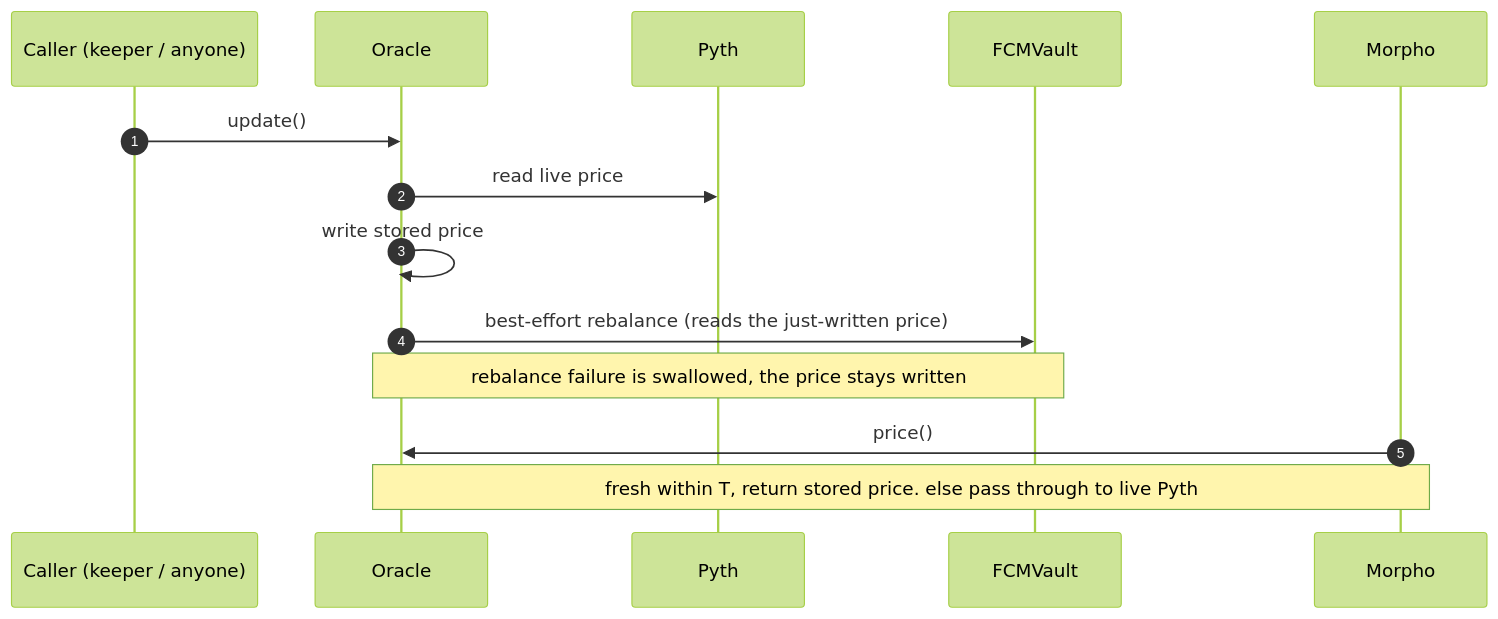
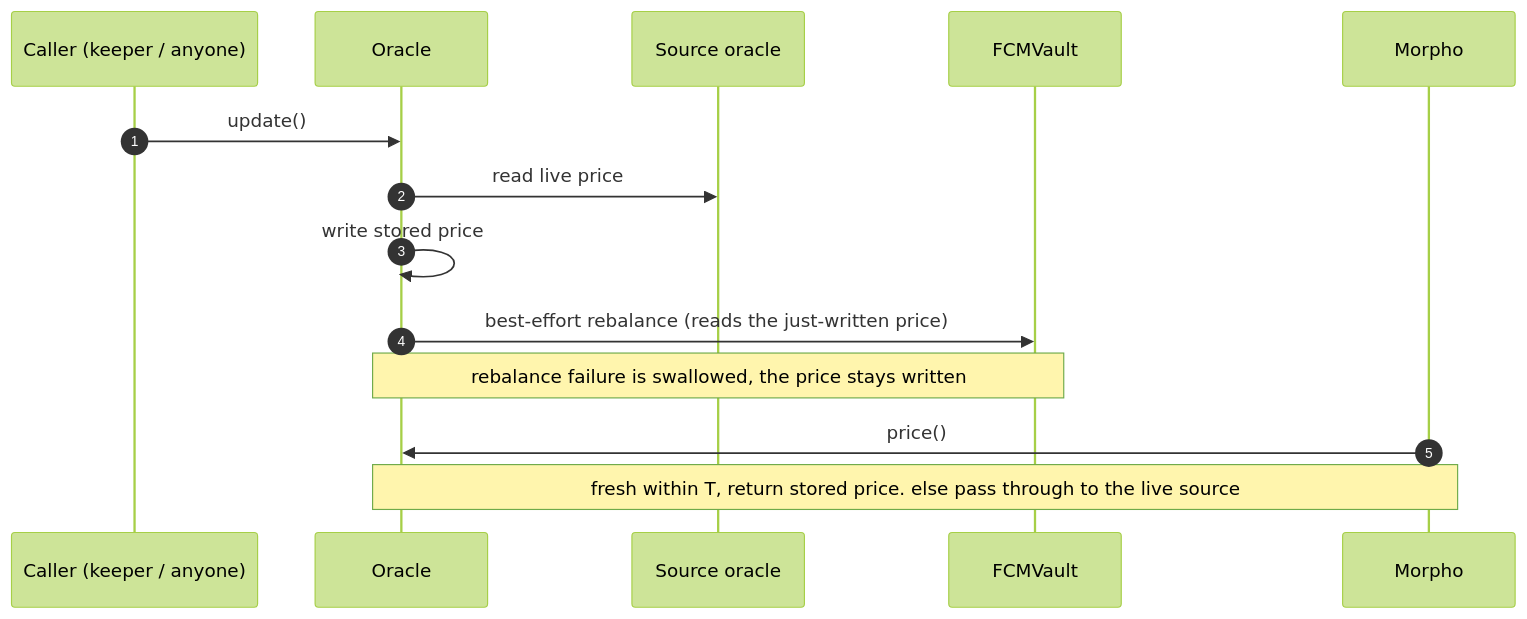
One commit to onflow/flow-credit-markets changed the diagram in docs/rebalance-oracle.md. Above: the diagram before and after it, drawn with Mermaid (forest theme). The commit also changed other lines of this file, not shown here.

Commit message:
Generalize source oracle wording

````diff
--- a/docs/rebalance-oracle.md
+++ b/docs/rebalance-oracle.md
@@ -22,17 +22,17 @@
 ```mermaid
 sequenceDiagram
     autonumber
     participant Caller as Caller (keeper / anyone)
     participant Oracle
-    participant Pyth
+    participant Source as Source oracle
     participant Vault as FCMVault
     participant Morpho
 
     Caller->>Oracle: update()
-    Oracle->>Pyth: read live price
+    Oracle->>Source: read live price
     Oracle->>Oracle: write stored price
     Oracle->>Vault: best-effort rebalance (reads the just-written price)
     Note over Oracle,Vault: rebalance failure is swallowed, the price stays written
     Morpho->>Oracle: price()
-    Note over Oracle,Morpho: fresh within T, return stored price. else pass through to live Pyth
+    Note over Oracle,Morpho: fresh within T, return stored price. else pass through to the live source
 ```
````
